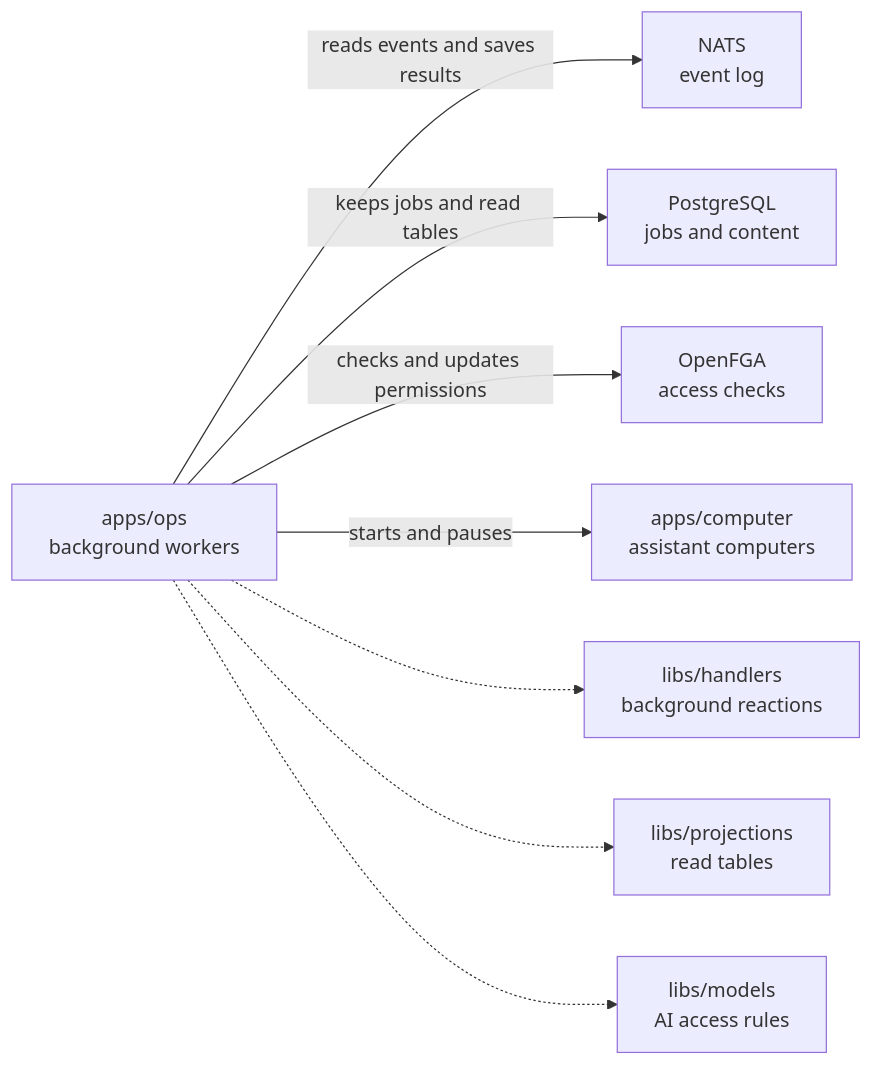
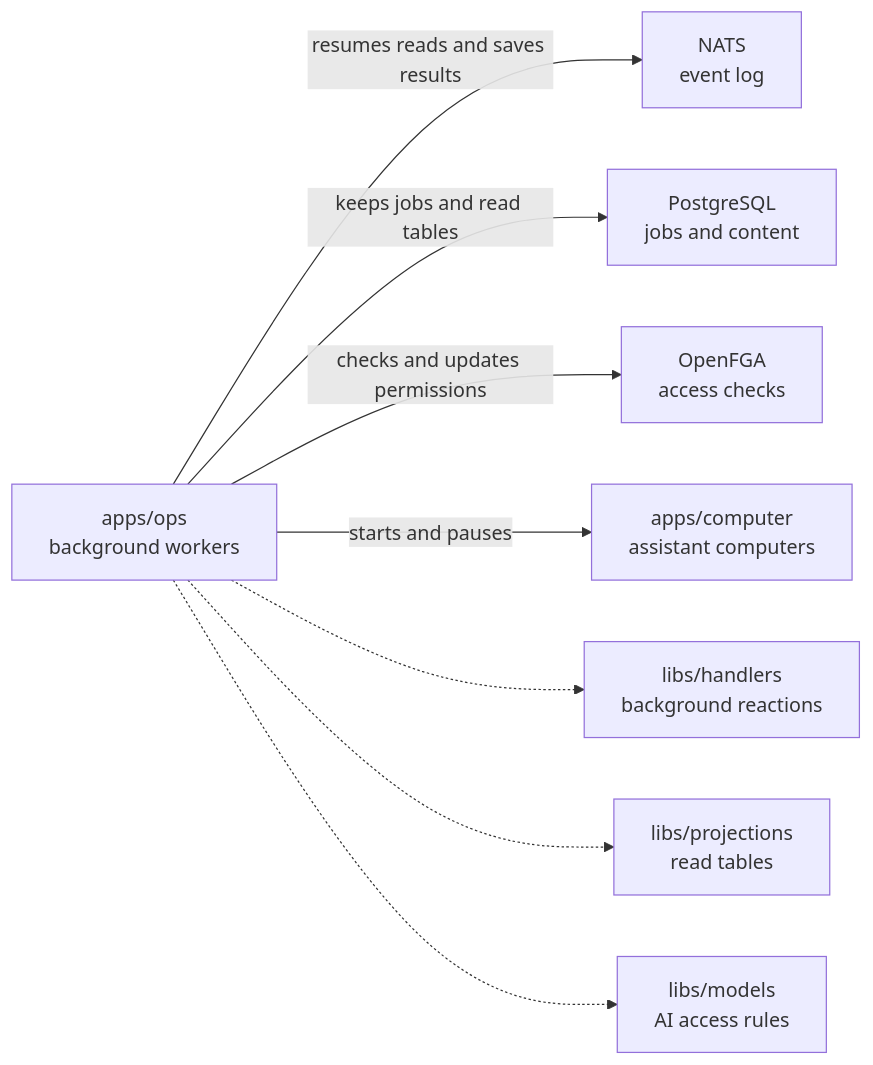
Before and after one commit to elewa-git/opencrane-new: the diagram in apps/ops/README.md, drawn with Mermaid. The commit also changed other lines of this file and 24 other files, not shown here.

````diff
--- a/apps/ops/README.md
+++ b/apps/ops/README.md
@@ -18,10 +18,10 @@
 ```mermaid
 flowchart LR
-  ops["apps/ops<br/>background workers"] -->|reads events and saves results| nats["NATS<br/>event log"]
+  ops["apps/ops<br/>background workers"] -->|resumes reads and saves results| nats["NATS<br/>event log"]
   ops -->|keeps jobs and read tables| pg["PostgreSQL<br/>jobs and content"]
   ops -->|checks and updates permissions| fga["OpenFGA<br/>access checks"]
   ops -->|starts and pauses| computer["apps/computer<br/>assistant computers"]
   ops -.-> handlers["libs/handlers<br/>background reactions"]
   ops -.-> projections["libs/projections<br/>read tables"]
   ops -.-> models["libs/models<br/>AI access rules"]
 ```
````
